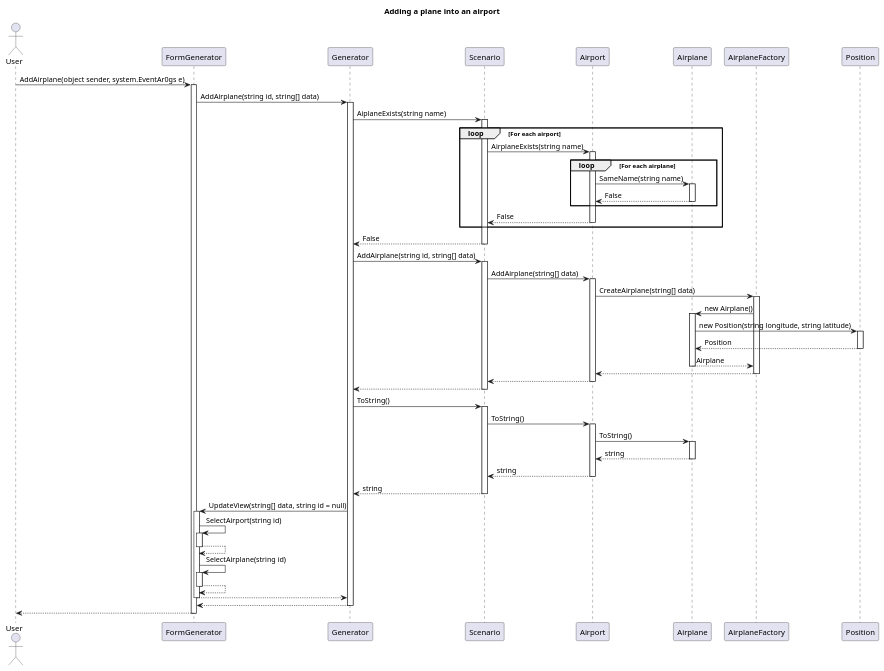
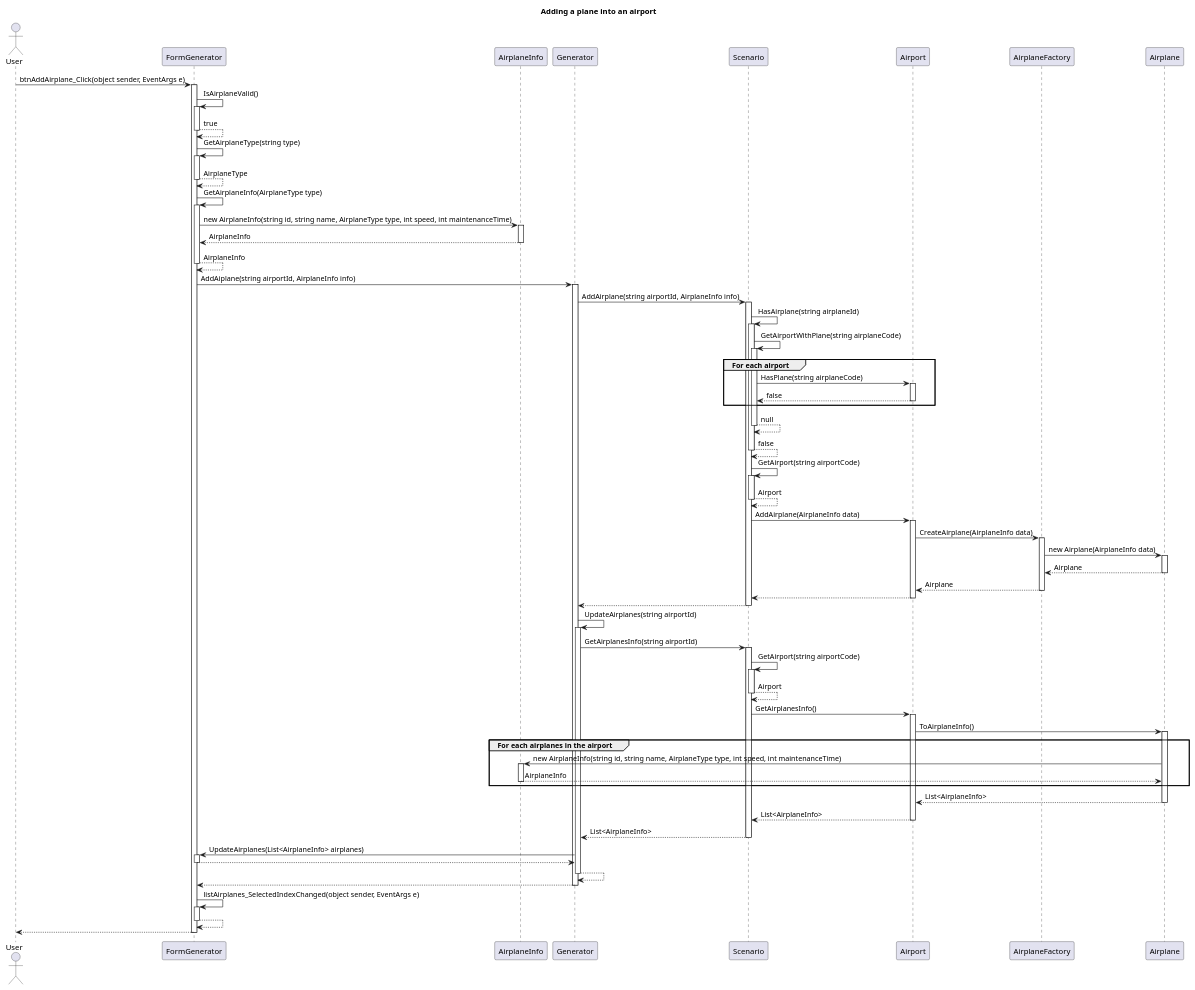
The diagram in Documentation/Diagrams/Sequences/2_AddingPlaneToAirport.puml (darkhappy/flightsim), drawn with PlantUML before and after one commit. The commit also changed 1 other file, not shown here.

Commit message:
Completed good adding airplane sequence diagram

```diff
--- a/Documentation/Diagrams/Sequences/2_AddingPlaneToAirport.puml
+++ b/Documentation/Diagrams/Sequences/2_AddingPlaneToAirport.puml
@@ -1,57 +1,72 @@
 @startuml Adding plane to airport
 title Adding a plane into an airport
 
 actor User
 
-User -> FormGenerator ++: AddAirplane(object sender, system.EventAr0gs e)
-FormGenerator -> Generator ++: AddAirplane(string id, string[] data)
+User -> FormGenerator ++: btnAddAirplane_Click(object sender, EventArgs e)
 
-'Do we need to check if the same airplane already exists ?
-Generator -> Scenario ++: AiplaneExists(string name)
+' Get all airplaine Info
+FormGenerator -> FormGenerator ++: IsAirplaneValid()
+return true
+FormGenerator -> FormGenerator ++: GetAirplaneType(string type)
+return AirplaneType
+FormGenerator -> FormGenerator ++: GetAirplaneInfo(AirplaneType type)
+FormGenerator -> AirplaneInfo ++: new AirplaneInfo(string id, string name, AirplaneType type, int speed, int maintenanceTime)
+return AirplaneInfo
+return AirplaneInfo
 
-loop For each airport 
-    Scenario -> Airport ++: AirplaneExists(string name)
+'Create airplane
+FormGenerator -> Generator ++: AddAiplane(string airportId, AirplaneInfo info)
+Generator -> Scenario ++: AddAirplane(string airportId, AirplaneInfo info)
 
-    loop For each airplane 
-        Airport -> Airplane ++: SameName(string name)
-        return False
-    end
+'If airplane exists
+Scenario -> Scenario ++: HasAirplane(string airplaneId)
+Scenario -> Scenario ++: GetAirportWithPlane(string airplaneCode)
+group For each airport 
+    Scenario -> Airport ++: HasPlane(string airplaneCode)
+    return false
+end
+return null
+return false
 
-    return False
+'Add airplane to airport
+Scenario -> Scenario ++: GetAirport(string airportCode)
+return Airport
+
+Scenario -> Airport ++: AddAirplane(AirplaneInfo data)
+Airport -> AirplaneFactory ++: CreateAirplane(AirplaneInfo data)
+AirplaneFactory -> Airplane ++: new Airplane(AirplaneInfo data)
+return Airplane
+return Airplane
+return
+return
+
+' Update airplanes 
+Generator -> Generator ++: UpdateAirplanes(string airportId)
+
+'Get all airplanes
+Generator -> Scenario ++: GetAirplanesInfo(string airportId)
+Scenario ->  Scenario ++: GetAirport(string airportCode)
+return Airport
+
+Scenario -> Airport ++: GetAirplanesInfo()
+Airport -> Airplane ++: ToAirplaneInfo()
+group For each airplanes in the airport
+    Airplane -> AirplaneInfo ++: new AirplaneInfo(string id, string name, AirplaneType type, int speed, int maintenanceTime)
+    return AirplaneInfo
 end
+return List<AirplaneInfo>
+return List<AirplaneInfo>
+return List<AirplaneInfo>
 
-return False
-
-'Add a new airplane to the model
-
-Generator -> Scenario ++: AddAirplane(string id, string[] data)
-Scenario -> Airport ++: AddAirplane(string[] data)
-Airport -> AirplaneFactory ++: CreateAirplane(string[] data)
-AirplaneFactory -> Airplane ++: new Airplane()
-Airplane -> Position ++: new Position(string longitude, string latitude)
-return Position
-return Airplane
+'Update View
+Generator -> FormGenerator ++: UpdateAirplanes(List<AirplaneInfo> airplanes)
 return
 return
 return
 
-'Get the scenario's string serialized form
-Generator -> Scenario ++: ToString()
-Scenario -> Airport ++: ToString()
-Airport -> Airplane ++: ToString()
-return string
-return string
-return string
-
-'Update the form
-Generator -> FormGenerator ++: UpdateView(string[] data, string id = null)
-FormGenerator -> FormGenerator ++: SelectAirport(string id)
-return
-FormGenerator -> FormGenerator ++: SelectAirplane(string id)
-return
-return
-
+FormGenerator -> FormGenerator ++: listAirplanes_SelectedIndexChanged(object sender, EventArgs e)
 return
 return
 
 @enduml
```
